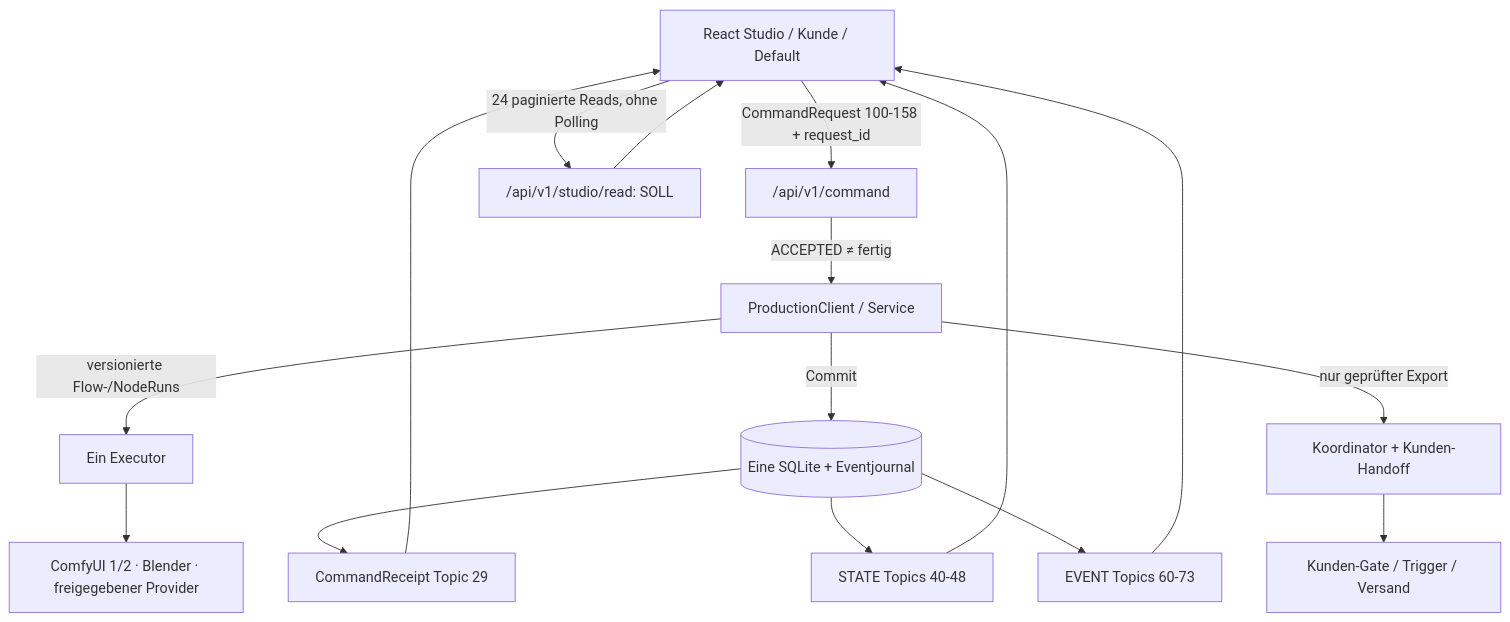
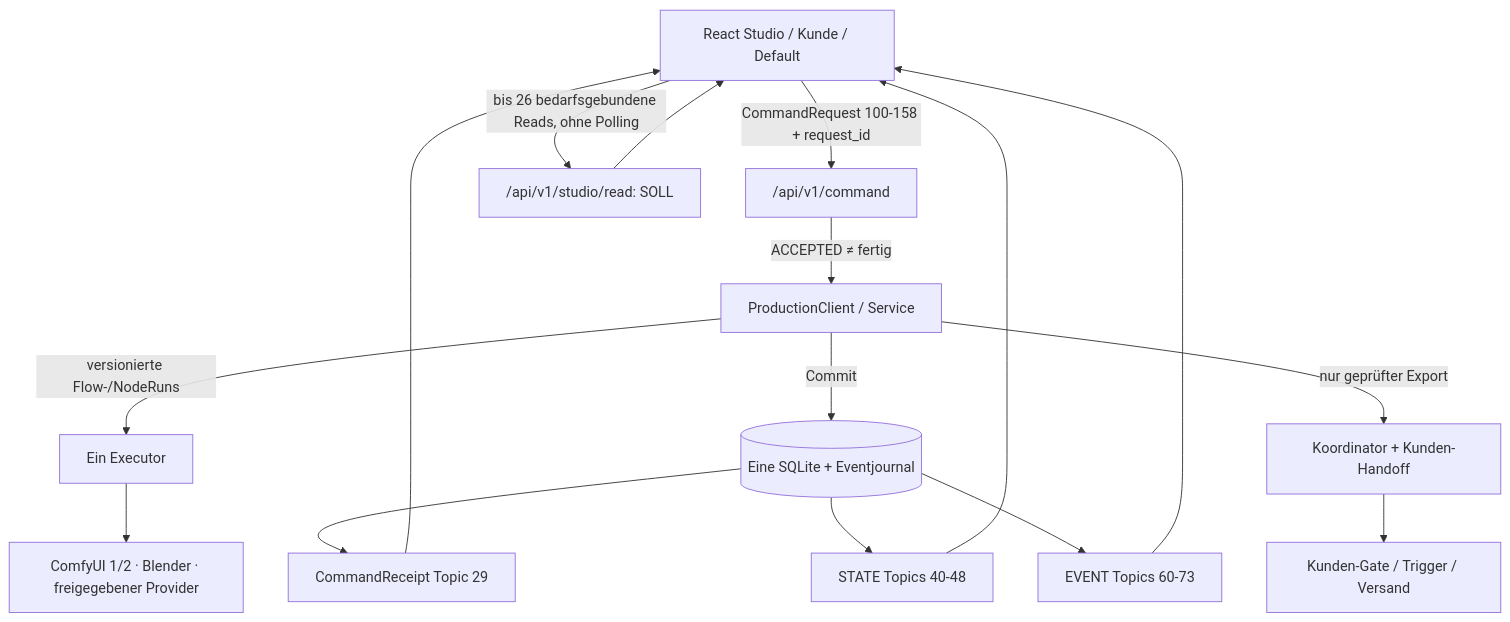
One commit to sawyerma/Darkfluenzer changed diagram 15 of 16 in docs/PHASENPLAN_BACKEND.md. Above: the diagram before and after it, drawn with Mermaid. The commit also changed other lines of this file and 6 other files, not shown here.

```diff
--- a/docs/PHASENPLAN_BACKEND.md
+++ b/docs/PHASENPLAN_BACKEND.md
@@ -1705,18 +1705,18 @@
 ~~~mermaid
 flowchart TD
   F["React Studio / Kunde / Default"] -->|"CommandRequest 100-158 + request_id"| C["/api/v1/command"]
   C -->|"ACCEPTED ≠ fertig"| S["ProductionClient / Service"]
   S -->|"versionierte Flow-/NodeRuns"| E["Ein Executor"]
   E --> M["ComfyUI 1/2 · Blender · freigegebener Provider"]
   S -->|"Commit"| DB[("Eine SQLite + Eventjournal")]
   DB --> R["CommandReceipt Topic 29"]
   DB --> T["STATE Topics 40-48"]
   DB --> V["EVENT Topics 60-73"]
   R --> F
   T --> F
   V --> F
-  F -->|"24 paginierte Reads, ohne Polling"| Q["/api/v1/studio/read: SOLL"]
+  F -->|"bis 26 bedarfsgebundene Reads, ohne Polling"| Q["/api/v1/studio/read: SOLL"]
   Q --> F
   S -->|"nur geprüfter Export"| H["Koordinator + Kunden-Handoff"]
   H --> G["Kunden-Gate / Trigger / Versand"]
 ~~~
```
